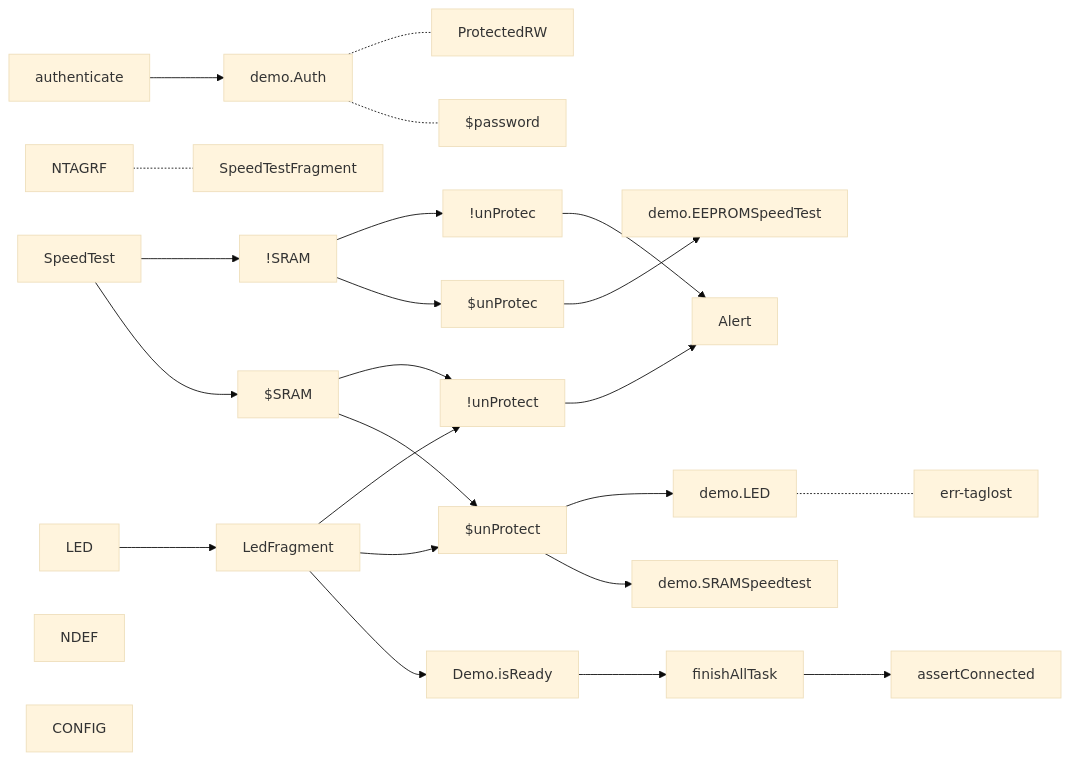
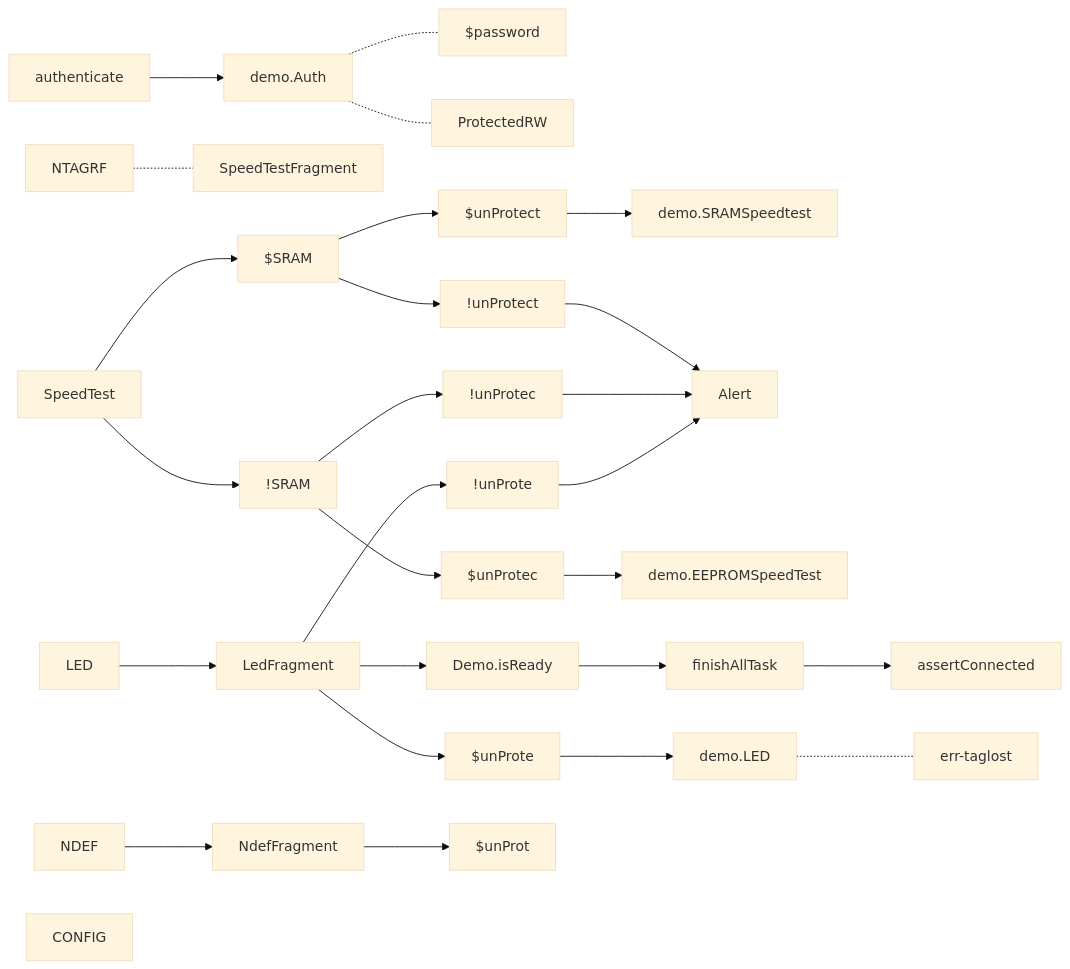
The fifth of 5 diagrams in nxp/MainActivity.md (gordianknotC/nxp_note), drawn with Mermaid (base theme) before and after one commit. The commit also changed other lines of this file, not shown here.

Commit message:
nxp/MainActivity.md updated from https://stackedit.io/

````diff
--- a/nxp/MainActivity.md
+++ b/nxp/MainActivity.md
@@ -56,34 +56,39 @@
 ```mermaid
 graph LR
 authenticate --> demo.Auth
 demo.Auth -.- $password
 demo.Auth -.- ProtectedRW
 
 
 
 NTAGRF -.- SpeedTestFragment
 SpeedTest --> $SRAM
 SpeedTest --> !SRAM
 $SRAM --> $unProtect
 $SRAM --> !unProtect
 $unProtect--> demo.SRAMSpeedtest
 !unProtect--> Alert
 !SRAM --> $unProtec
 !SRAM --> !unProtec
 $unProtec --> demo.EEPROMSpeedTest
 !unProtec --> Alert
 
 
 LED --> LedFragment
 LedFragment --> Demo.isReady
 Demo.isReady --> finishAllTask
 finishAllTask --> assertConnected
-LedFragment --> $unProtect
-LedFragment --> !unProtect
-$unProtect --> demo.LED
+LedFragment --> $unProte
+LedFragment --> !unProte
+$unProte --> demo.LED
 demo.LED -.- err-taglost
+!unProte --> Alert
 
 
-NDEF
+NDEF --> NdefFragment
+NdefFragment --> $unProt
+
+
+
 CONFIG
 ```
````
